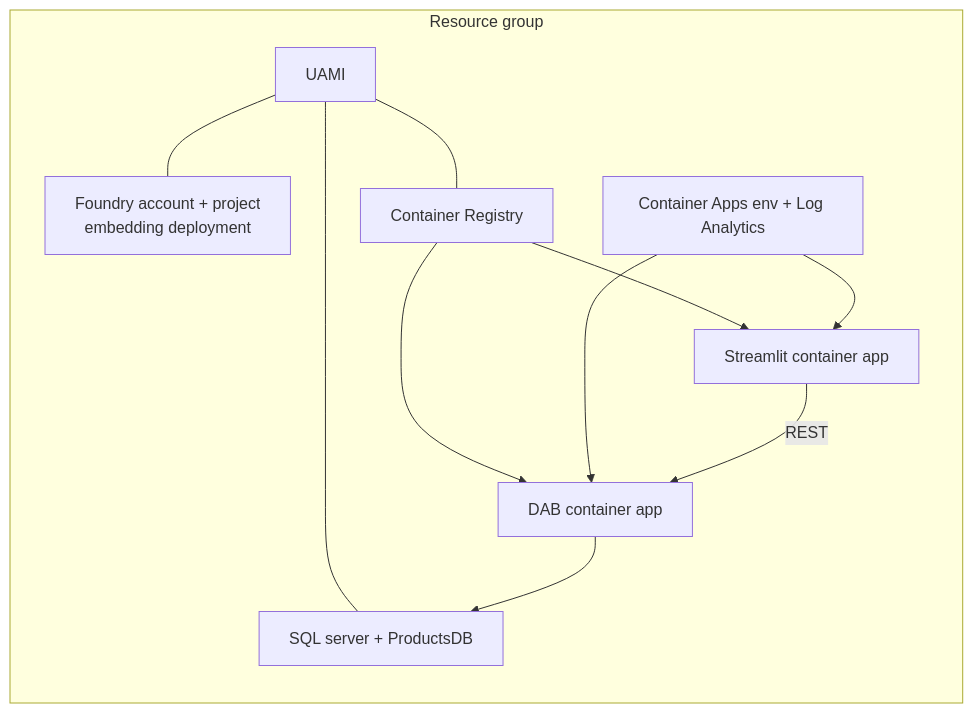
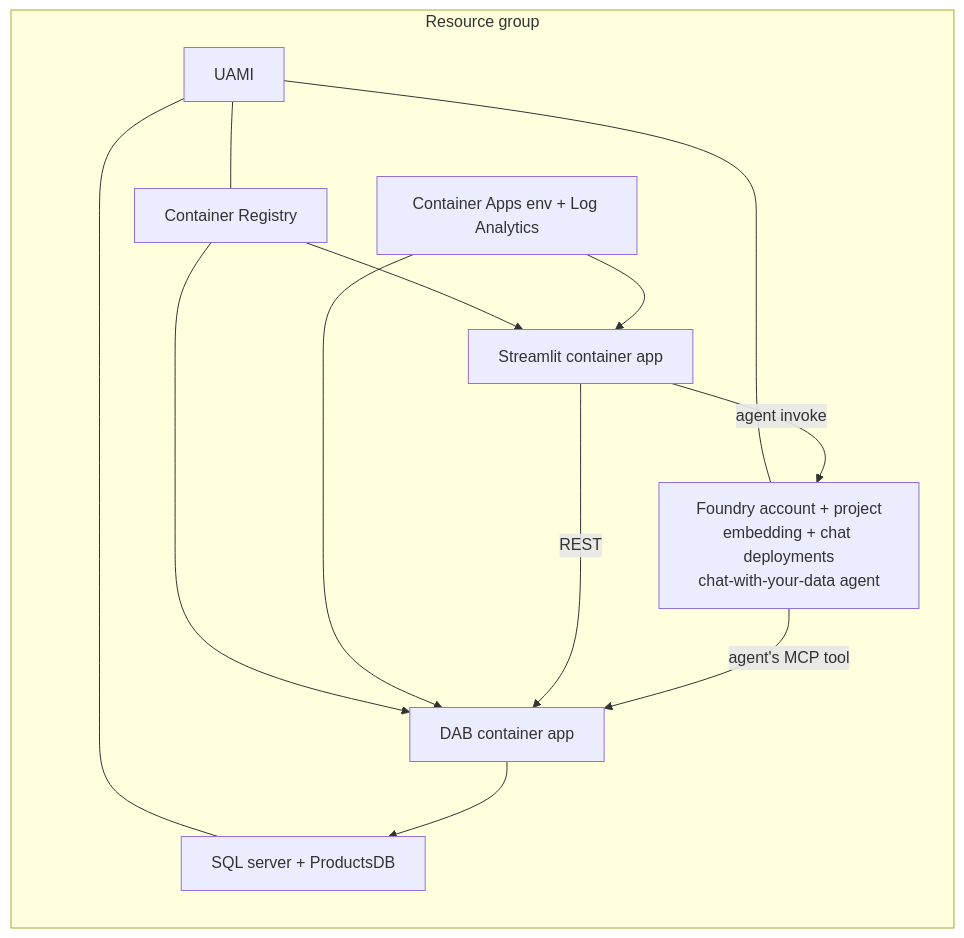
The second of 3 diagrams in docs/ARCHITECTURE.md (benkarabinus/data-api-builder-sample), drawn with Mermaid before and after one commit. The commit also changed other lines of this file and 19 other files, not shown here.

Commit message:
Update to add agent framework Foundry hosted agent accessible through web UI

````diff
--- a/docs/ARCHITECTURE.md
+++ b/docs/ARCHITECTURE.md
@@ -128,22 +136,24 @@
 ```mermaid
 flowchart LR
     subgraph RG["Resource group"]
       UAMI["UAMI"]
       SQLSRV["SQL server + ProductsDB"]
-      FND["Foundry account + project<br/>embedding deployment"]
+      FND["Foundry account + project<br/>embedding + chat deployments<br/>chat-with-your-data agent"]
       ACR["Container Registry"]
       ENV["Container Apps env + Log Analytics"]
       DABAPP["DAB container app"]
       WEBAPP["Streamlit container app"]
     end
 
     UAMI --- SQLSRV
     UAMI --- FND
     UAMI --- ACR
     ACR --> DABAPP
     ACR --> WEBAPP
     ENV --> DABAPP
     ENV --> WEBAPP
     DABAPP --> SQLSRV
     WEBAPP -->|REST| DABAPP
+    WEBAPP -->|agent invoke| FND
+    FND -->|agent's MCP tool| DABAPP
 ```
````
